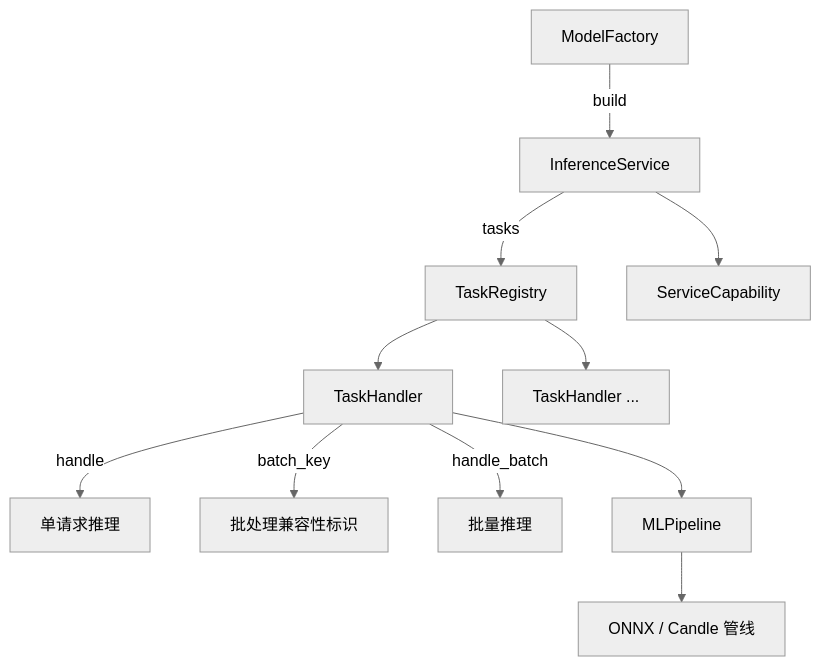
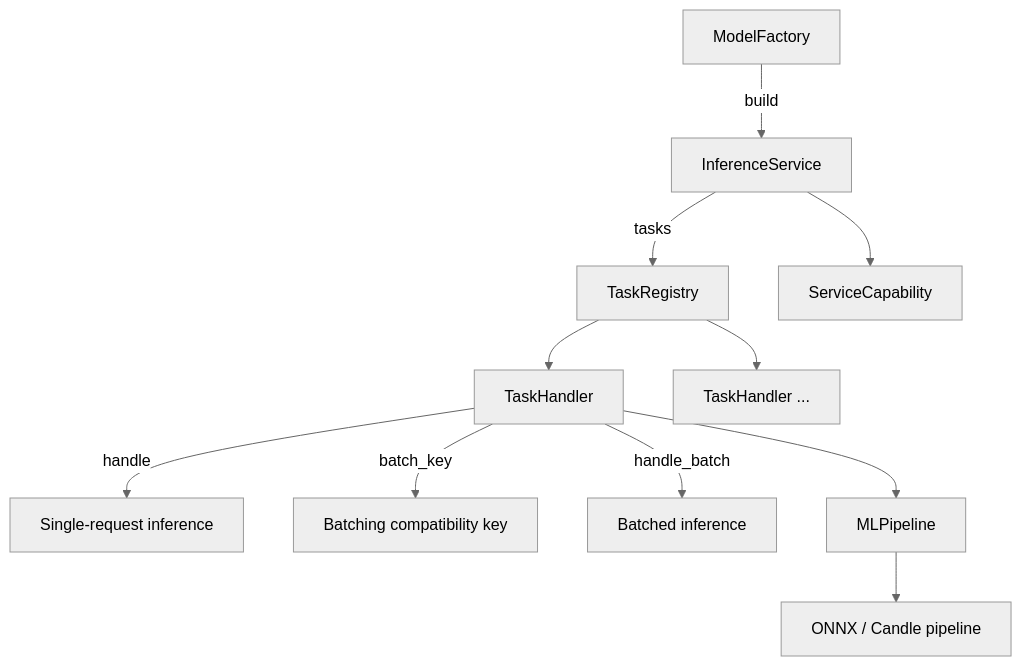
One commit to EdwinZhanCN/Lumen-Hub changed the first of 2 diagrams in docs/docs/architecture/model-pattern.md. Above: the diagram before and after it, drawn with Mermaid (neutral theme). The commit also changed other lines of this file and 47 other files, not shown here.

````diff
--- a/docs/docs/architecture/model-pattern.md
+++ b/docs/docs/architecture/model-pattern.md
@@ -11,13 +11,13 @@
 ```mermaid
 graph TD
     Factory[ModelFactory] -->|build| ISvc[InferenceService]
     ISvc -->|tasks| Registry[TaskRegistry]
     ISvc --> Capability[ServiceCapability]
     Registry --> TH1[TaskHandler]
     Registry --> TH2[TaskHandler ...]
-    TH1 -->|handle| Single[单请求推理]
-    TH1 -->|batch_key| BCompat[批处理兼容性标识]
-    TH1 -->|handle_batch| Batch[批量推理]
+    TH1 -->|handle| Single[Single-request inference]
+    TH1 -->|batch_key| BCompat[Batching compatibility key]
+    TH1 -->|handle_batch| Batch[Batched inference]
     TH1 --> Pipeline[MLPipeline]
-    Pipeline --> Backend[ONNX / Candle 管线]
+    Pipeline --> Backend[ONNX / Candle pipeline]
 ```
````
